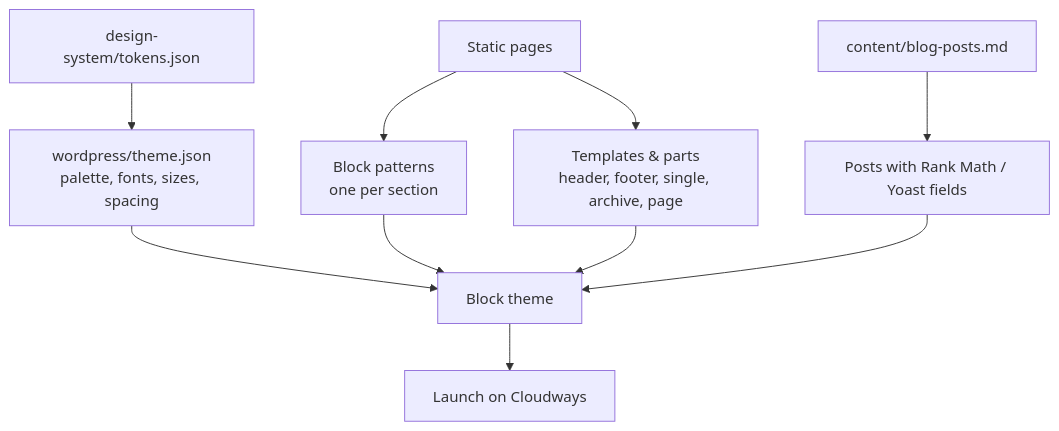
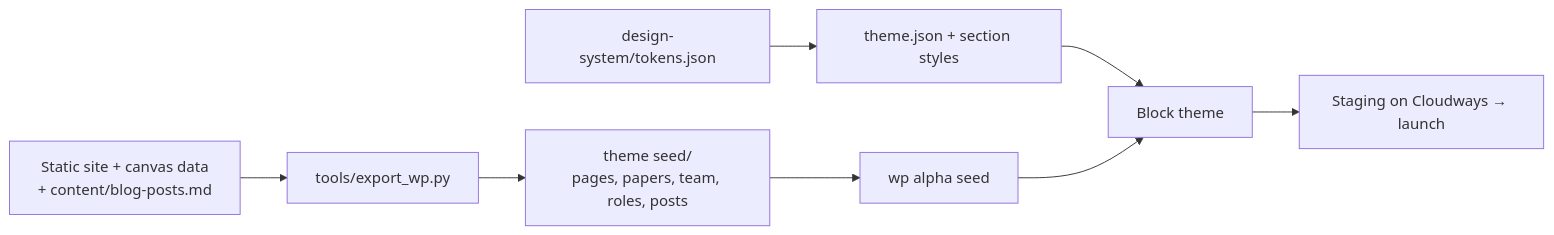
One commit to CptNope/Alpha-Preclinical changed the tenth of 10 diagrams in README.md. Above: the diagram before and after it, drawn with Mermaid. The commit also changed other lines of this file and 177 other files, not shown here.

First line of the commit message:
Add production WordPress block theme and update design system

````diff
--- a/README.md
+++ b/README.md
@@ -424,12 +427,10 @@
 ```mermaid
-flowchart TD
-    T["design-system/tokens.json"] --> TJ["wordpress/theme.json<br/>palette, fonts, sizes, spacing"]
+flowchart LR
+    A["Static site + canvas data<br/>+ content/blog-posts.md"] --> X["tools/export_wp.py"]
+    X --> S["theme seed/<br/>pages, papers, team, roles, posts"]
+    T["design-system/tokens.json"] --> TJ["theme.json + section styles"]
+    S --> I["wp alpha seed"]
     TJ --> TH["Block theme"]
-    P["Static pages"] --> PT["Block patterns<br/>one per section"]
-    PT --> TH
-    P --> TP["Templates & parts<br/>header, footer, single, archive, page"]
-    TP --> TH
-    BC["content/blog-posts.md"] --> PO["Posts with Rank Math / Yoast fields"]
-    PO --> TH
-    TH --> L["Launch on Cloudways"]
+    I --> TH
+    TH --> L["Staging on Cloudways → launch"]
 ```
````
